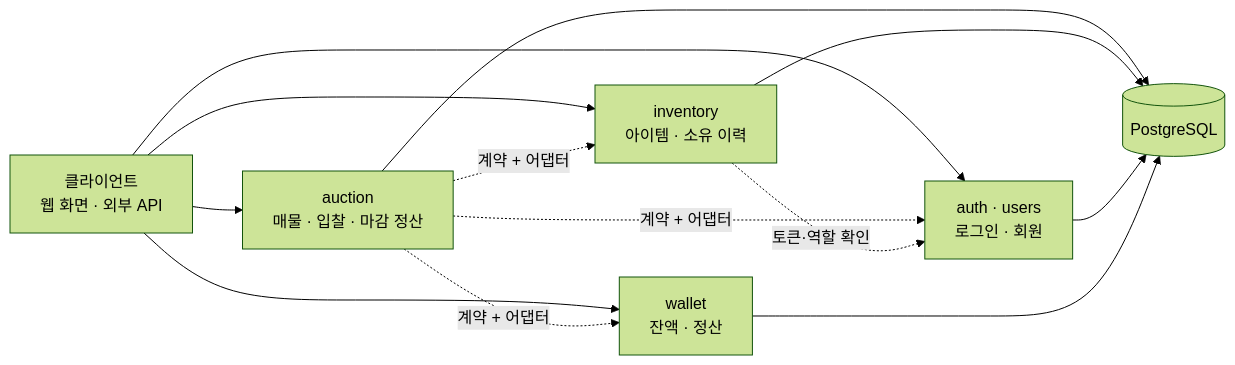
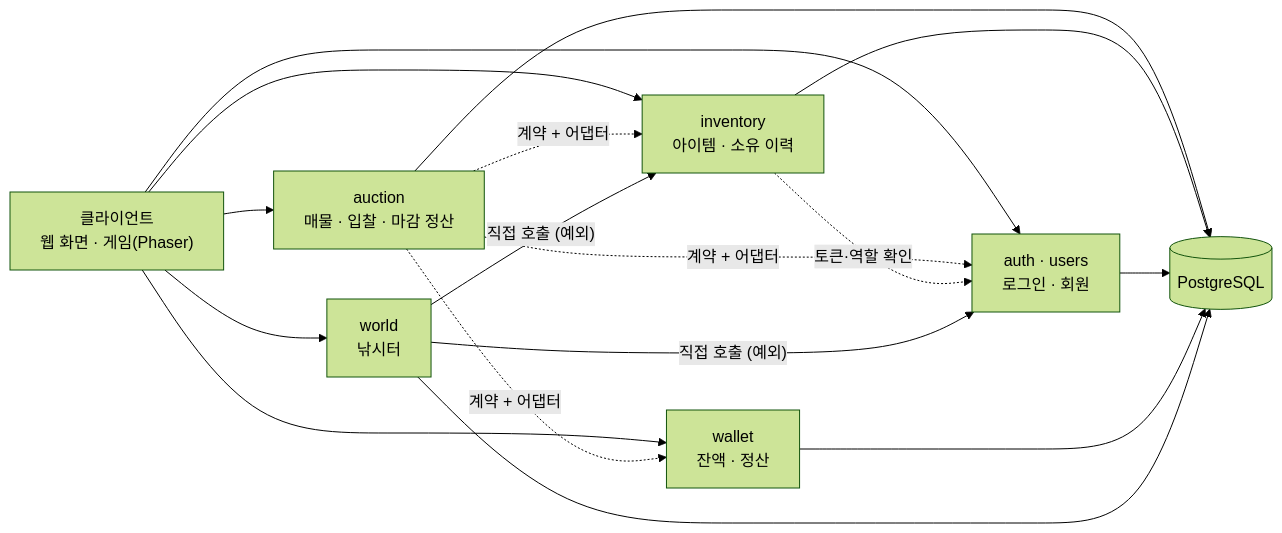
The diagram in README.md (bsis09872-ux/AX_game_BE_api), drawn with Mermaid (forest theme) before and after one commit. The commit also changed other lines of this file and 8 other files, not shown here.

````diff
--- a/README.md
+++ b/README.md
@@ -86,12 +94,15 @@
 ```mermaid
 flowchart LR
-    C["클라이언트<br/>웹 화면 · 외부 API"] --> A["auction<br/>매물 · 입찰 · 마감 정산"]
+    C["클라이언트<br/>웹 화면 · 게임(Phaser)"] --> A["auction<br/>매물 · 입찰 · 마감 정산"]
     C --> I["inventory<br/>아이템 · 소유 이력"]
     C --> U["auth · users<br/>로그인 · 회원"]
     C --> W["wallet<br/>잔액 · 정산"]
+    C --> G["world<br/>낚시터"]
     A -.->|"계약 + 어댑터"| I
     A -.->|"계약 + 어댑터"| W
     A -.->|"계약 + 어댑터"| U
     I -.->|"토큰·역할 확인"| U
-    A & I & U & W --> DB[("PostgreSQL")]
+    G -->|"직접 호출 (예외)"| I
+    G -->|"직접 호출 (예외)"| U
+    A & I & U & W & G --> DB[("PostgreSQL")]
 ```
````
